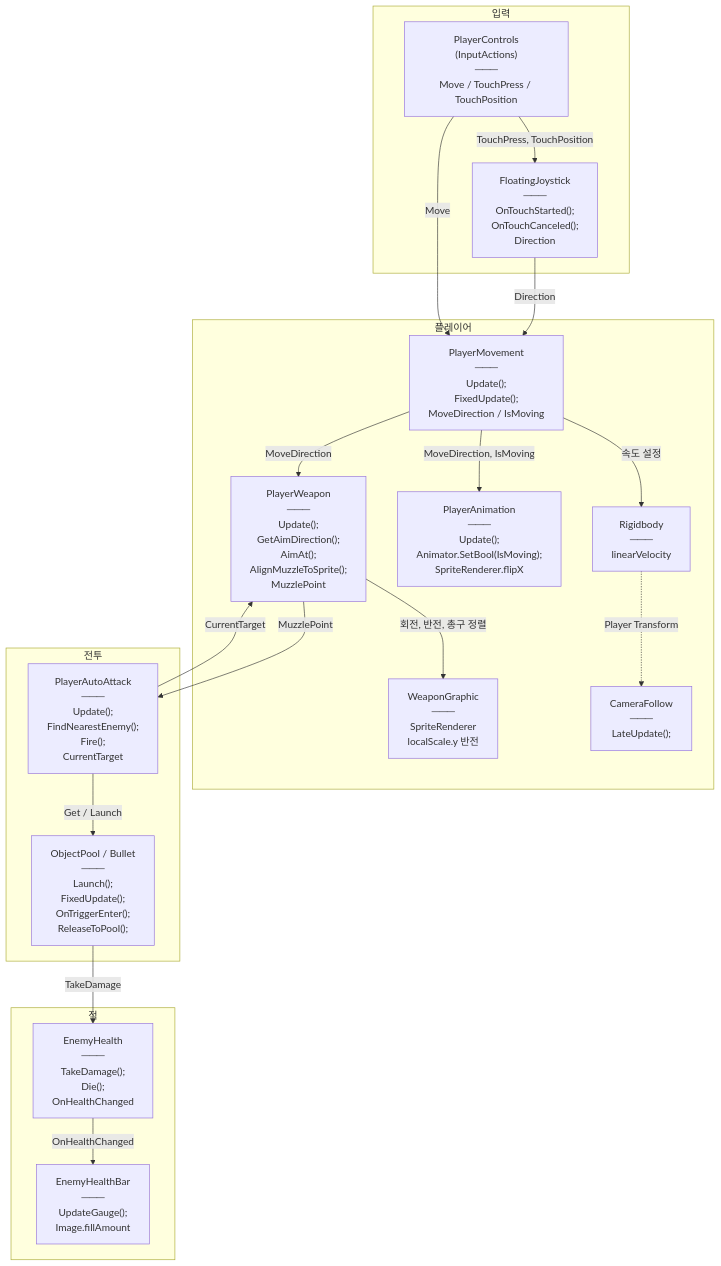
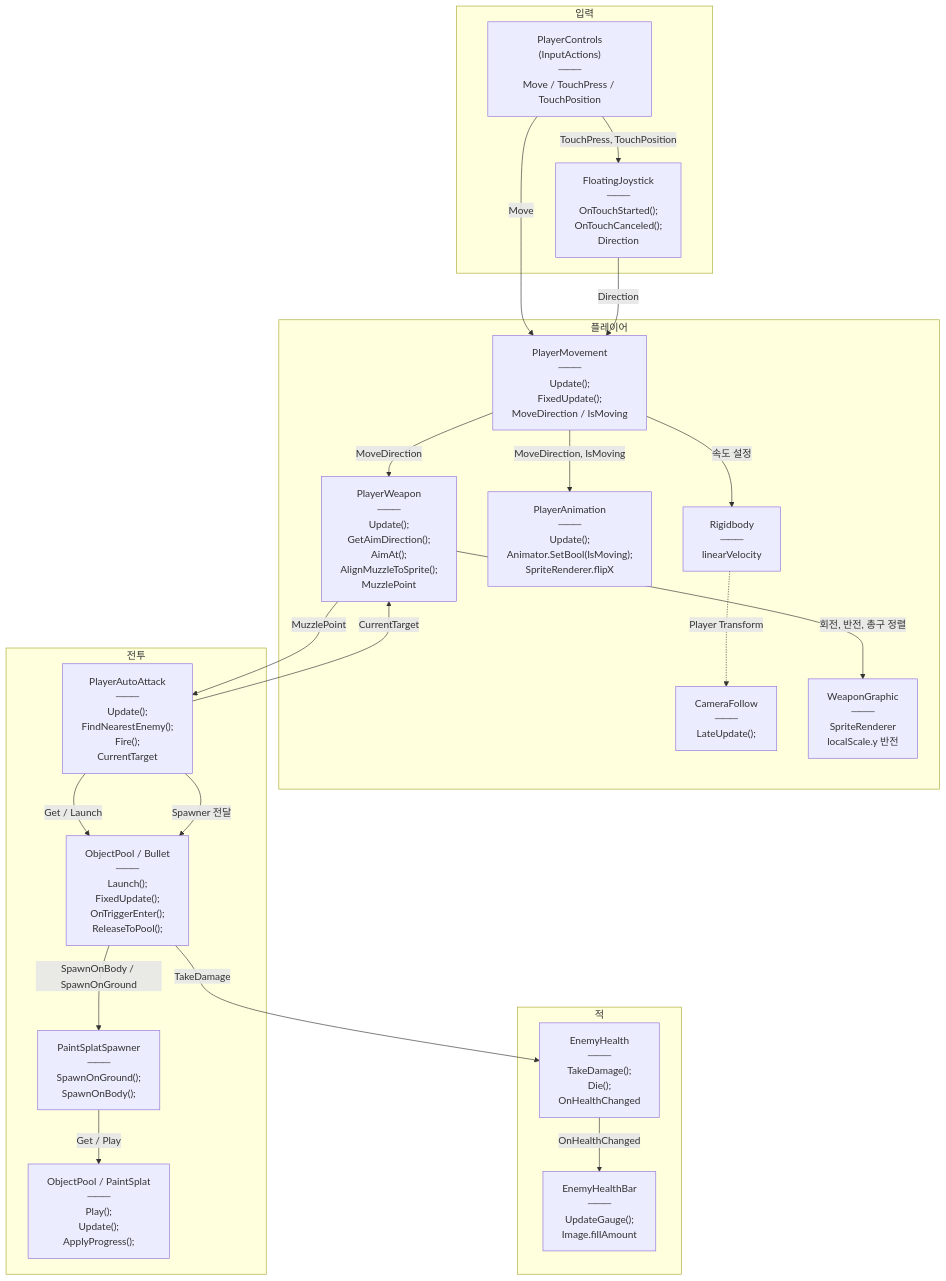
One commit to jayy5288sk/AICodeProject changed the diagram in Docs/ImplementDocs/Diagram.md. Above: the diagram before and after it, drawn with Mermaid. The commit also changed other lines of this file and 28 other files, not shown here.

````diff
--- a/Docs/ImplementDocs/Diagram.md
+++ b/Docs/ImplementDocs/Diagram.md
@@ -4,40 +4,45 @@
 ```mermaid
 flowchart TD
     subgraph InputGroup["입력"]
         Input["PlayerControls<br/>(InputActions)<br/>───<br/>Move / TouchPress / TouchPosition"]
         Joystick["FloatingJoystick<br/>───<br/>OnTouchStarted();<br/>OnTouchCanceled();<br/>Direction"]
     end
 
     subgraph PlayerGroup["플레이어"]
         Movement["PlayerMovement<br/>───<br/>Update();<br/>FixedUpdate();<br/>MoveDirection / IsMoving"]
         Body["Rigidbody<br/>───<br/>linearVelocity"]
         Animation["PlayerAnimation<br/>───<br/>Update();<br/>Animator.SetBool(IsMoving);<br/>SpriteRenderer.flipX"]
         Camera["CameraFollow<br/>───<br/>LateUpdate();"]
         Weapon["PlayerWeapon<br/>───<br/>Update();<br/>GetAimDirection();<br/>AimAt();<br/>AlignMuzzleToSprite();<br/>MuzzlePoint"]
         WeaponGraphic["WeaponGraphic<br/>───<br/>SpriteRenderer<br/>localScale.y 반전"]
     end
 
     subgraph CombatGroup["전투"]
         AutoAttack["PlayerAutoAttack<br/>───<br/>Update();<br/>FindNearestEnemy();<br/>Fire();<br/>CurrentTarget"]
         Bullet["ObjectPool / Bullet<br/>───<br/>Launch();<br/>FixedUpdate();<br/>OnTriggerEnter();<br/>ReleaseToPool();"]
+        Spawner["PaintSplatSpawner<br/>───<br/>SpawnOnGround();<br/>SpawnOnBody();"]
+        PaintSplat["ObjectPool / PaintSplat<br/>───<br/>Play();<br/>Update();<br/>ApplyProgress();"]
     end
 
     subgraph EnemyGroup["적"]
         EnemyHealth["EnemyHealth<br/>───<br/>TakeDamage();<br/>Die();<br/>OnHealthChanged"]
         EnemyHealthBar["EnemyHealthBar<br/>───<br/>UpdateGauge();<br/>Image.fillAmount"]
     end
 
     Input -->|TouchPress, TouchPosition| Joystick
     Input -->|Move| Movement
     Joystick -->|Direction| Movement
     Movement -->|속도 설정| Body
     Movement -->|MoveDirection, IsMoving| Animation
     Body -.->|Player Transform| Camera
     Movement -->|MoveDirection| Weapon
     Weapon -->|회전, 반전, 총구 정렬| WeaponGraphic
     AutoAttack -->|CurrentTarget| Weapon
     Weapon -->|MuzzlePoint| AutoAttack
     AutoAttack -->|Get / Launch| Bullet
+    AutoAttack -->|Spawner 전달| Bullet
     Bullet -->|TakeDamage| EnemyHealth
+    Bullet -->|SpawnOnBody / SpawnOnGround| Spawner
+    Spawner -->|Get / Play| PaintSplat
     EnemyHealth -->|OnHealthChanged| EnemyHealthBar
 ```
````
